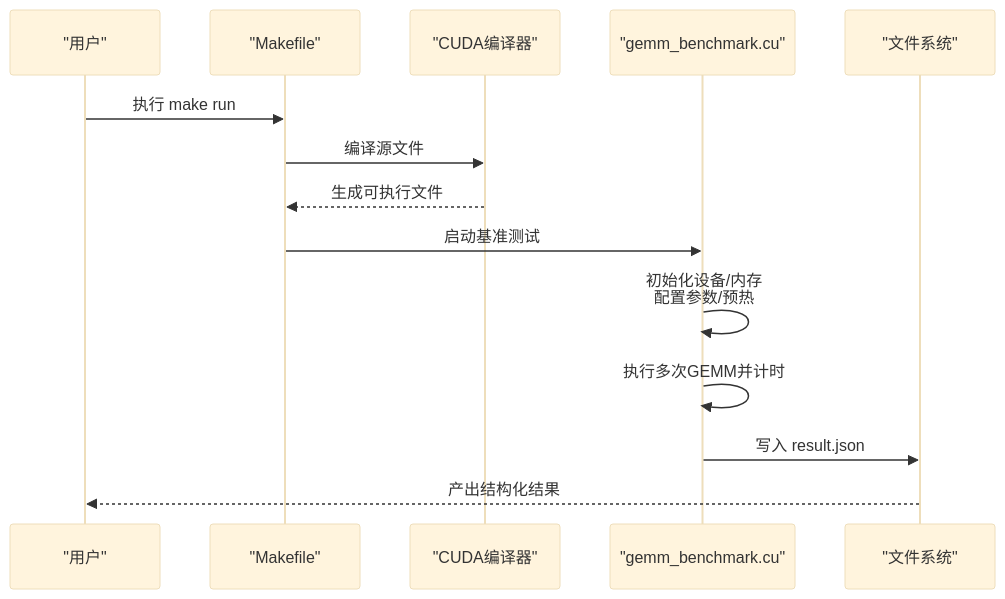
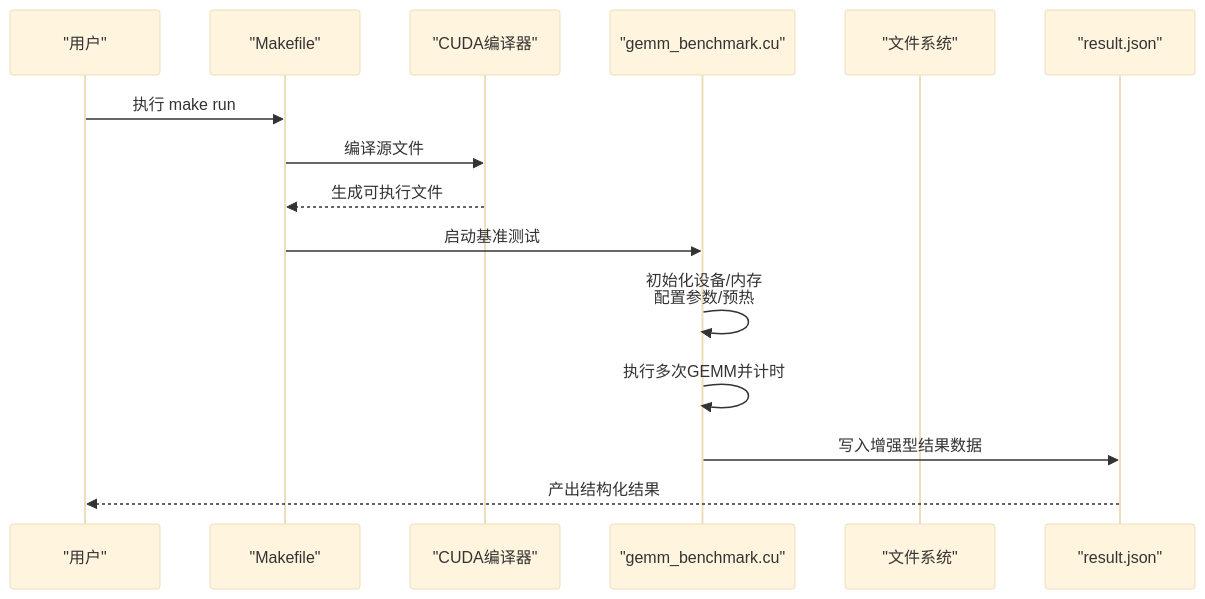
Before and after one commit to Bitllion/gemm_benchmark: the second of 4 diagrams in .qoder/repowiki/zh/content/技术实现/结果输出格式.md, drawn with Mermaid (base theme). The commit also changed other lines of this file and 5 other files, not shown here.

````diff
--- a/.qoder/repowiki/zh/content/技术实现/结果输出格式.md
+++ b/.qoder/repowiki/zh/content/技术实现/结果输出格式.md
@@ -76,16 +89,17 @@
 ```mermaid
 sequenceDiagram
 participant User as "用户"
 participant Make as "Makefile"
 participant CUDA as "CUDA编译器"
 participant Bench as "gemm_benchmark.cu"
 participant FS as "文件系统"
+participant JSON as "result.json"
 User->>Make : 执行 make run
 Make->>CUDA : 编译源文件
 CUDA-->>Make : 生成可执行文件
 Make->>Bench : 启动基准测试
 Bench->>Bench : 初始化设备/内存<br/>配置参数/预热
 Bench->>Bench : 执行多次GEMM并计时
-Bench->>FS : 写入 result.json
-FS-->>User : 产出结构化结果
+Bench->>JSON : 写入增强型结果数据
+JSON-->>User : 产出结构化结果
 ```
````
